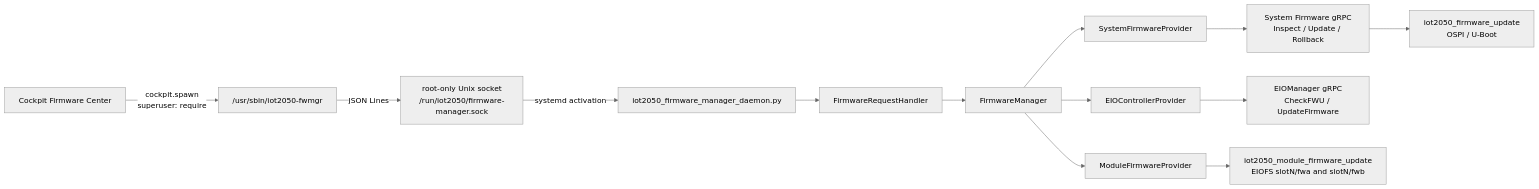
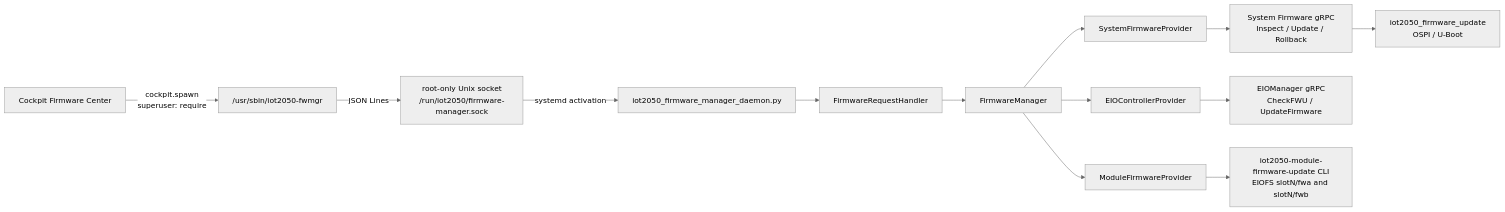
One commit to huaqianli/meta-iot2050 changed the diagram in doc/firmware-center.md. Above: the diagram before and after it, drawn with Mermaid (neutral theme). The commit also changed other lines of this file and 8 other files, not shown here.

First line of the commit message:
doc: Document the Module firmware boundary

````diff
--- a/doc/firmware-center.md
+++ b/doc/firmware-center.md
@@ -26,29 +26,29 @@
 ```mermaid
 flowchart LR
     UI[Cockpit Firmware Center]
     CLI["/usr/sbin/iot2050-fwmgr"]
     Socket["root-only Unix socket<br/>/run/iot2050/firmware-manager.sock"]
     Daemon[iot2050_firmware_manager_daemon.py]
     Handler[FirmwareRequestHandler]
     Manager[FirmwareManager]
     System[SystemFirmwareProvider]
     SystemRPC[System Firmware gRPC<br/>Inspect / Update / Rollback]
     Controller[EIOControllerProvider]
     Module[ModuleFirmwareProvider]
     SystemBackend[iot2050_firmware_update<br/>OSPI / U-Boot]
     ControllerRPC[EIOManager gRPC<br/>CheckFWU / UpdateFirmware]
-    ModuleBackend[iot2050_module_firmware_update<br/>EIOFS slotN/fwa and slotN/fwb]
+    ModuleBackend[iot2050-module-firmware-update CLI<br/>EIOFS slotN/fwa and slotN/fwb]
 
     UI -->|cockpit.spawn<br/>superuser: require| CLI
     CLI -->|JSON Lines| Socket
     Socket -->|systemd activation| Daemon
     Daemon --> Handler
     Handler --> Manager
     Manager --> System
     Manager --> Controller
     Manager --> Module
     System --> SystemRPC
     SystemRPC --> SystemBackend
     Controller --> ControllerRPC
     Module --> ModuleBackend
 ```
````
